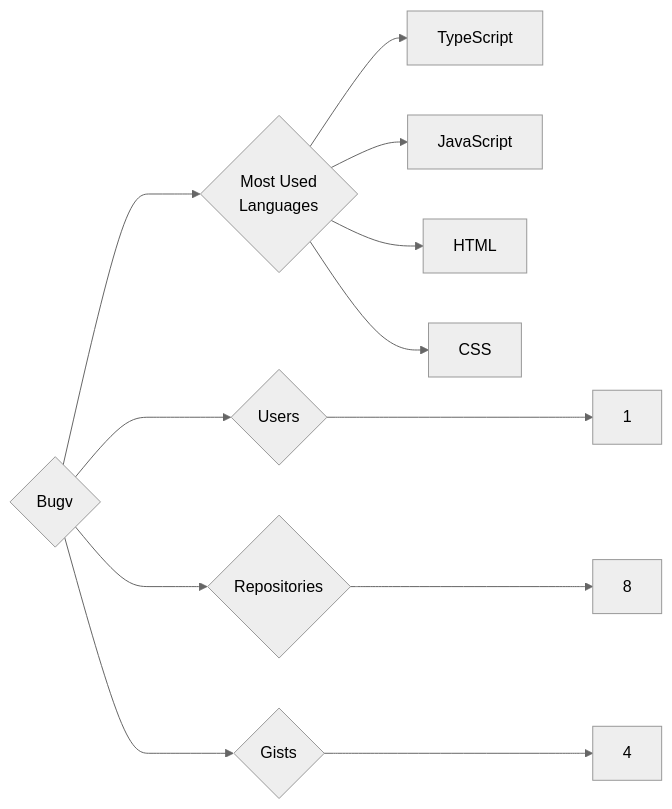
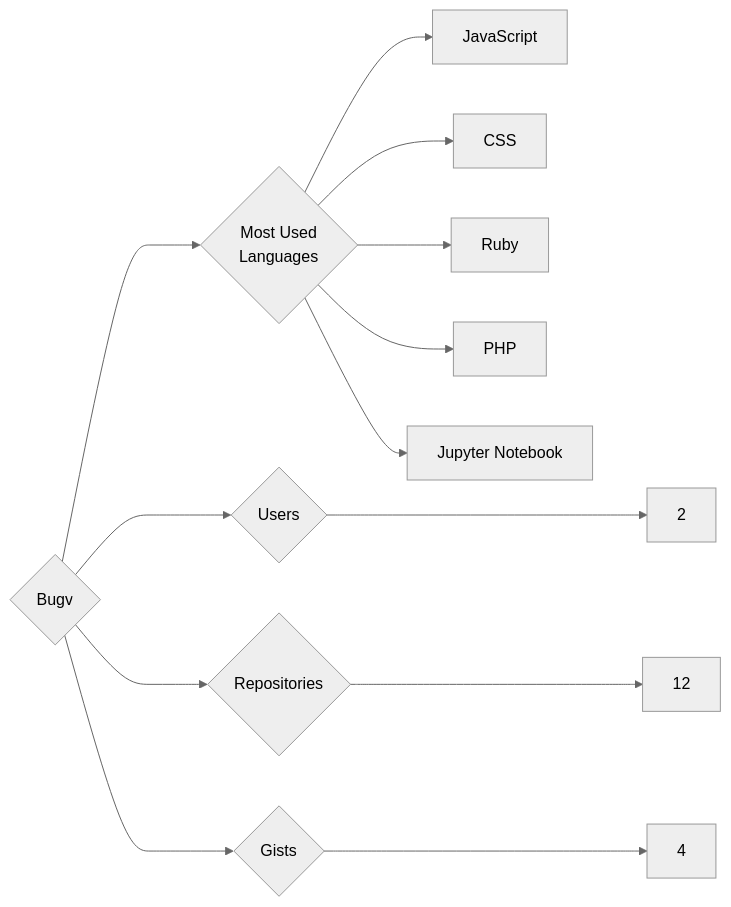
One commit to trickest/insiders changed the diagram in targets/Bugv/README.md. Above: the diagram before and after it, drawn with Mermaid (neutral theme). The commit also changed 782 other files, not shown here.

````diff
--- a/targets/Bugv/README.md
+++ b/targets/Bugv/README.md
@@ -3,12 +3,13 @@
 ```mermaid
 graph LR
 COMPANY_NAME{Bugv}
-COMPANY_NAME ---> U{Users} ---> UN[1]
-COMPANY_NAME ---> R{Repositories} ---> RN[8]
+COMPANY_NAME ---> U{Users} ---> UN[2]
+COMPANY_NAME ---> R{Repositories} ---> RN[12]
 COMPANY_NAME ---> G{Gists} ---> GN[4]
 COMPANY_NAME ---> ML{Most Used<br>Languages}
-ML --> TypeScript[TypeScript]
 ML --> JavaScript[JavaScript]
-ML --> HTML[HTML]
 ML --> CSS[CSS]
+ML --> Ruby[Ruby]
+ML --> PHP[PHP]
+ML --> Jupyter_Notebook[Jupyter Notebook]
 ```
````
